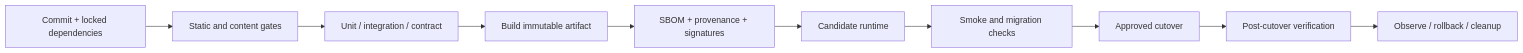
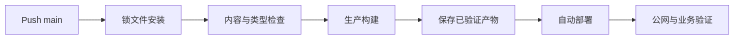
The diagram in docs/devops/ci-cd.md (upJiang/jiang-blog-vitepress), drawn with Mermaid before and after one commit. The commit also changed other lines of this file and 164 other files, not shown here.

````diff
--- a/docs/devops/ci-cd.md
+++ b/docs/devops/ci-cd.md
@@ -34,12 +26,9 @@
 ```mermaid
 flowchart LR
-  A[Commit + locked dependencies] --> B[Static and content gates]
-  B --> C[Unit / integration / contract]
-  C --> D[Build immutable artifact]
-  D --> E[SBOM + provenance + signatures]
-  E --> F[Candidate runtime]
-  F --> G[Smoke and migration checks]
-  G --> H[Approved cutover]
-  H --> I[Post-cutover verification]
-  I --> J[Observe / rollback / cleanup]
+  P[Push main] --> I[锁文件安装]
+  I --> Q[内容与类型检查]
+  Q --> B[生产构建]
+  B --> A[保存已验证产物]
+  A --> D[自动部署]
+  D --> V[公网与业务验证]
 ```
````
